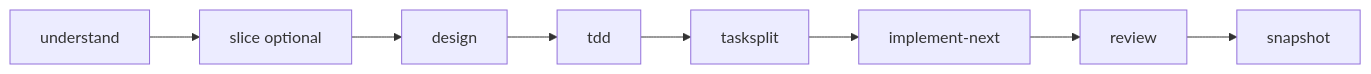
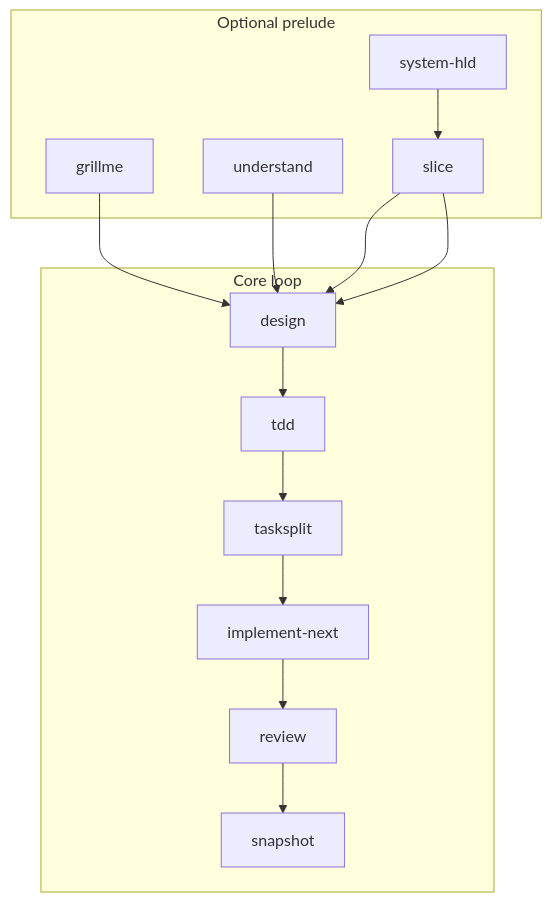
Before and after one commit to Ranganathvk/devflow: the diagram in README.md, drawn with Mermaid. The commit also changed other lines of this file and 65 other files, not shown here.

````diff
--- a/README.md
+++ b/README.md
@@ -57,12 +49,22 @@
 ```mermaid
-flowchart LR
-  U[understand]
-  SL[slice optional]
-  D[design]
-  T[tdd]
-  TS[tasksplit]
-  I[implement-next]
-  R[review]
-  S[snapshot]
-  U --> SL --> D --> T --> TS --> I --> R --> S
+flowchart TB
+  subgraph prelude [Optional prelude]
+    G[grillme]
+    U[understand]
+    H[system-hld]
+    SL[slice]
+  end
+  subgraph core [Core loop]
+    D[design]
+    T[tdd]
+    TS[tasksplit]
+    I[implement-next]
+    R[review]
+    S[snapshot]
+  end
+  G --> D
+  U --> D
+  H --> SL --> D
+  SL --> D
+  D --> T --> TS --> I --> R --> S
 ```
````
